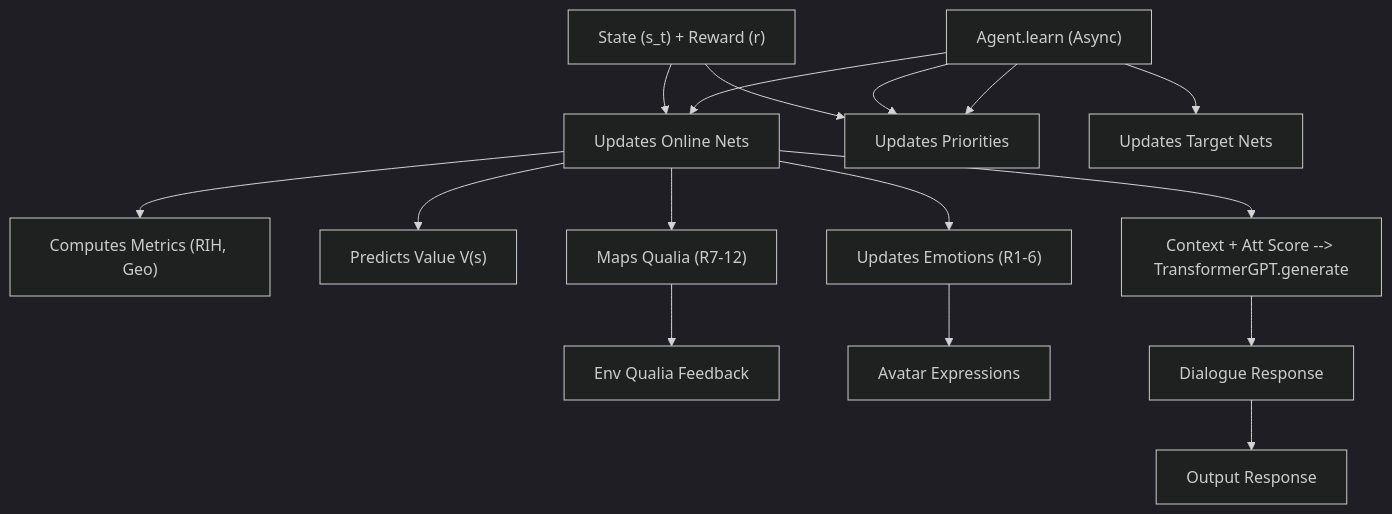
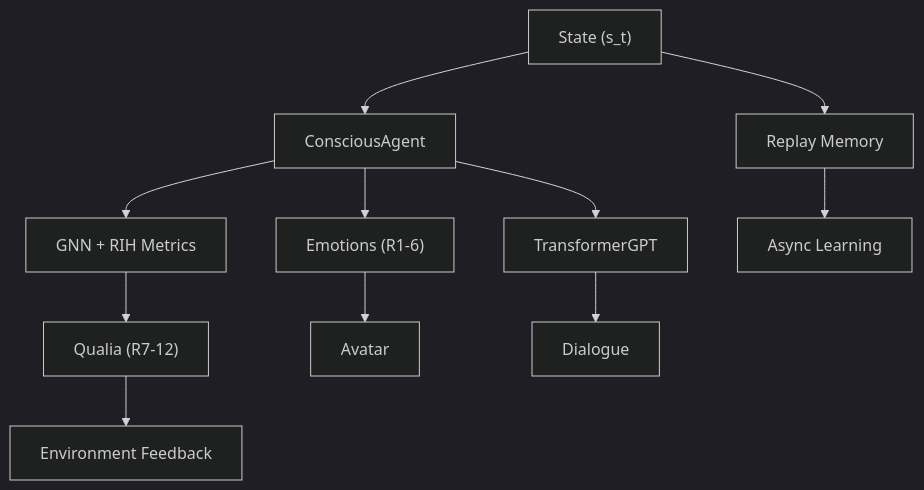
Before and after one commit to Marko0Marky/Live2d-Avatar-Ai: the second of 2 diagrams in README.md, drawn with Mermaid (dark theme). The commit also changed other lines of this file, not shown here.

````diff
--- a/README.md
+++ b/README.md
@@ -262,18 +221,10 @@
 ```mermaid
 graph TD
-    Input["State (s_t) + Reward (r)"] --> Agent["ConsciousAgent.forward"]
-    Agent --> Metrics["Computes Metrics (RIH, Geo)"]
-    Agent --> Value["Predicts Value V(s)"]
-    Agent --> Emotions["Updates Emotions (R1-6)"]
-    Agent --> Qualia["Maps Qualia (R7-12)"]
-    Qualia --> EnvFeedback["Env Qualia Feedback"]
-    Emotions --> Avatar["Avatar Expressions"]
-    Agent --> GPT["Context + Att Score --> TransformerGPT.generate"]
-    GPT --> Response["Dialogue Response"]
-    Response --> Output["Output Response"]
-    Input --> Memory["Replay Memory (Experience)"]
-    Learner["Agent.learn (Async)"] --> Memory
-    Learner --> Agent["Updates Online Nets"]
-    Learner --> TargetNet["Updates Target Nets"]
-    Learner --> Memory["Updates Priorities"]
+    A["State (s_t)"] --> B["ConsciousAgent"]
+    B --> C["GNN + RIH Metrics"]
+    C --> D["Qualia (R7-12)"]
+    D --> E["Environment Feedback"]
+    B --> F["Emotions (R1-6)"] --> G["Avatar"]
+    B --> H["TransformerGPT"] --> I["Dialogue"]
+    A --> J["Replay Memory"] --> K["Async Learning"]
 ```
````
